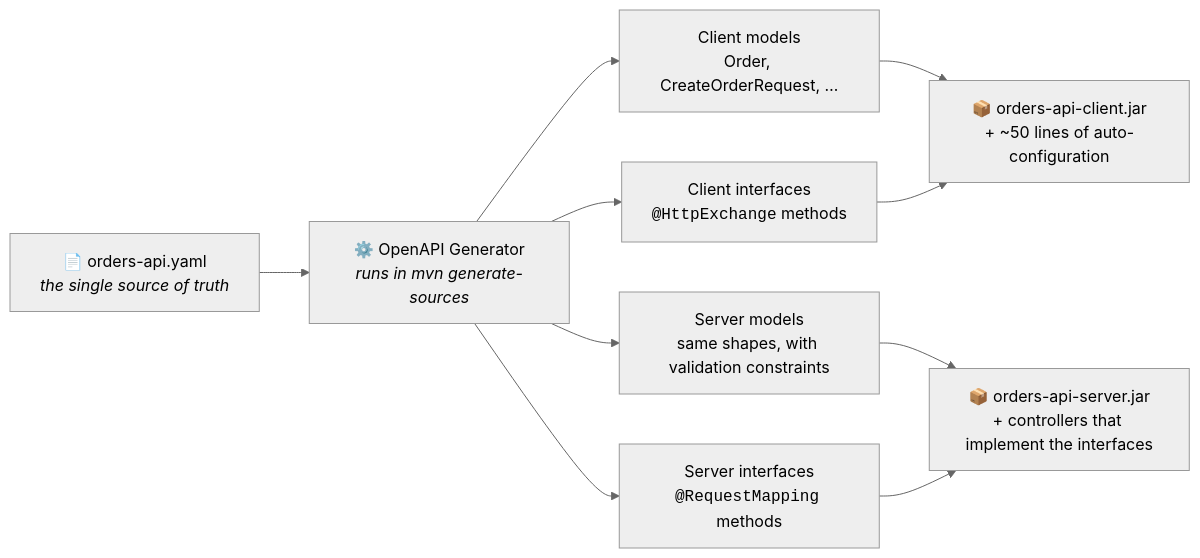
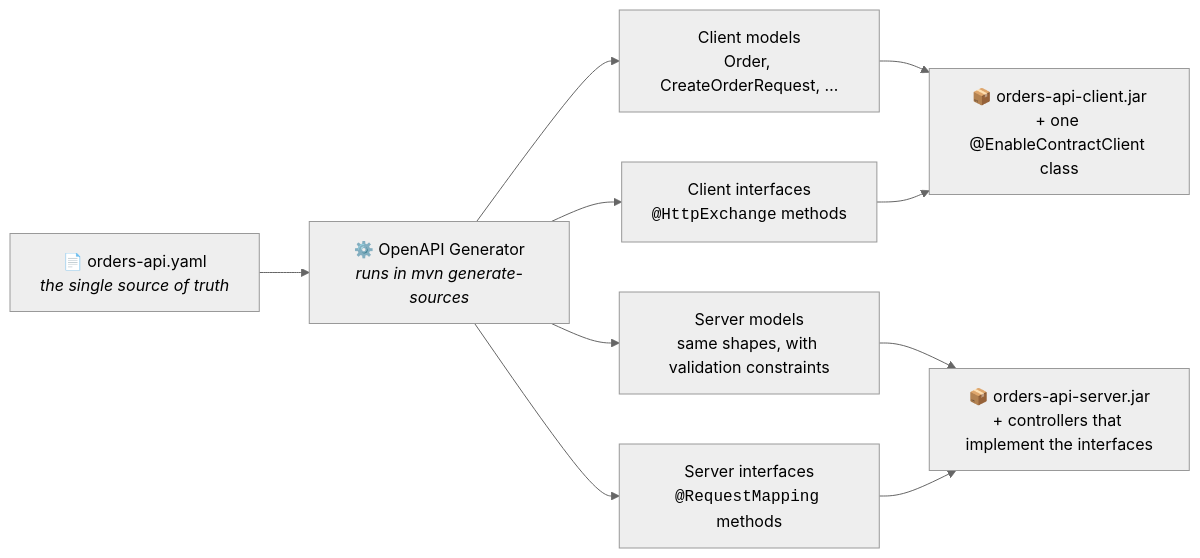
One commit to dmitrykislov/contract-first-spring changed the first of 7 diagrams in README.md. Above: the diagram before and after it, drawn with Mermaid (neutral theme). The commit also changed other lines of this file and 71 other files, not shown here.

````diff
--- a/README.md
+++ b/README.md
@@ -63,12 +63,12 @@
 ```mermaid
 flowchart LR
     YAML["📄 orders-api.yaml<br/><i>the single source of truth</i>"]
     GEN["⚙️ OpenAPI Generator<br/><i>runs in mvn generate-sources</i>"]
     YAML --> GEN
     GEN --> CM["Client models<br/>Order, CreateOrderRequest, …"]
     GEN --> CI["Client interfaces<br/><code>@HttpExchange</code> methods"]
     GEN --> SM["Server models<br/>same shapes, with validation constraints"]
     GEN --> SI["Server interfaces<br/><code>@RequestMapping</code> methods"]
-    CM & CI --> CJ["📦 orders-api-client.jar<br/>+ ~50 lines of auto-configuration"]
+    CM & CI --> CJ["📦 orders-api-client.jar<br/>+ one @EnableContractClient class"]
     SM & SI --> SJ["📦 orders-api-server.jar<br/>+ controllers that implement the interfaces"]
 ```
````
